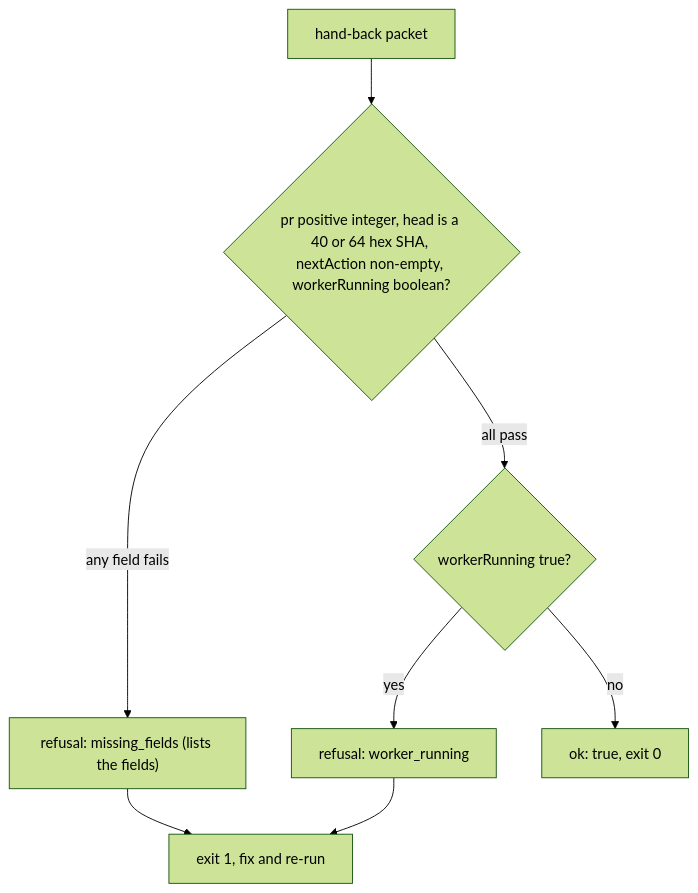
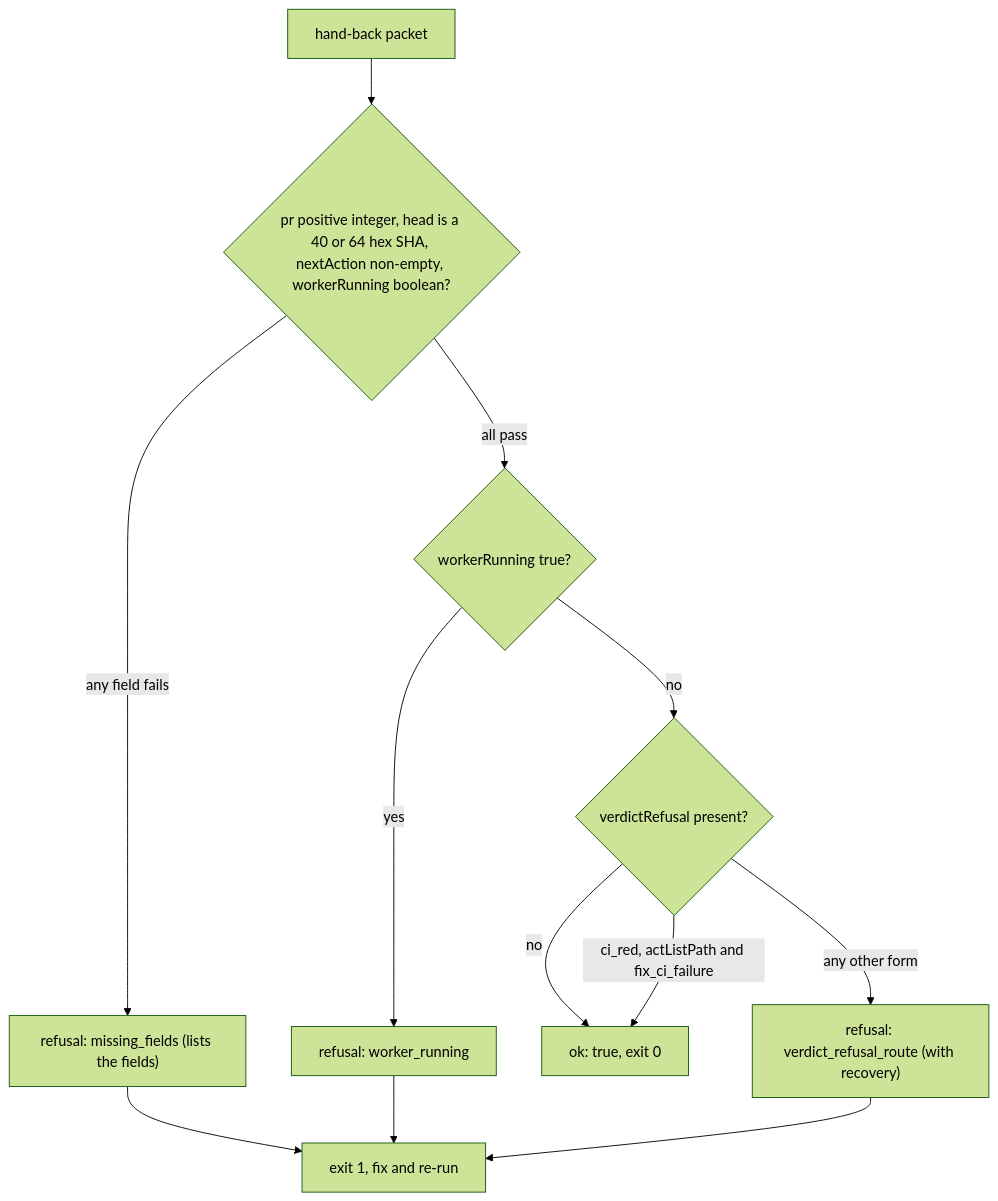
Before and after one commit to mfittko/dev-loops: the ninth of 14 diagrams in docs/atlas/04-main-flows.md, drawn with Mermaid (forest theme). The commit also changed other lines of this file, not shown here.

First line of the commit message:
docs(atlas): refresh section 04-main-flows to f6619004d

````diff
--- a/docs/atlas/04-main-flows.md
+++ b/docs/atlas/04-main-flows.md
@@ -296,10 +298,14 @@
 ```mermaid
 flowchart TD
   P["hand-back packet"] --> F{"pr positive integer, head is a 40 or 64 hex SHA, nextAction non-empty, workerRunning boolean?"}
   F -->|any field fails| R1["refusal: missing_fields (lists the fields)"]
   F -->|all pass| W{"workerRunning true?"}
   W -->|yes| R2["refusal: worker_running"]
-  W -->|no| OK["ok: true, exit 0"]
+  W -->|no| VR{"verdictRefusal present?"}
+  VR -->|no| OK["ok: true, exit 0"]
+  VR -->|"ci_red, actListPath and fix_ci_failure"| OK
+  VR -->|any other form| R3["refusal: verdict_refusal_route (with recovery)"]
   R1 --> X["exit 1, fix and re-run"]
   R2 --> X
+  R3 --> X
 ```
````
